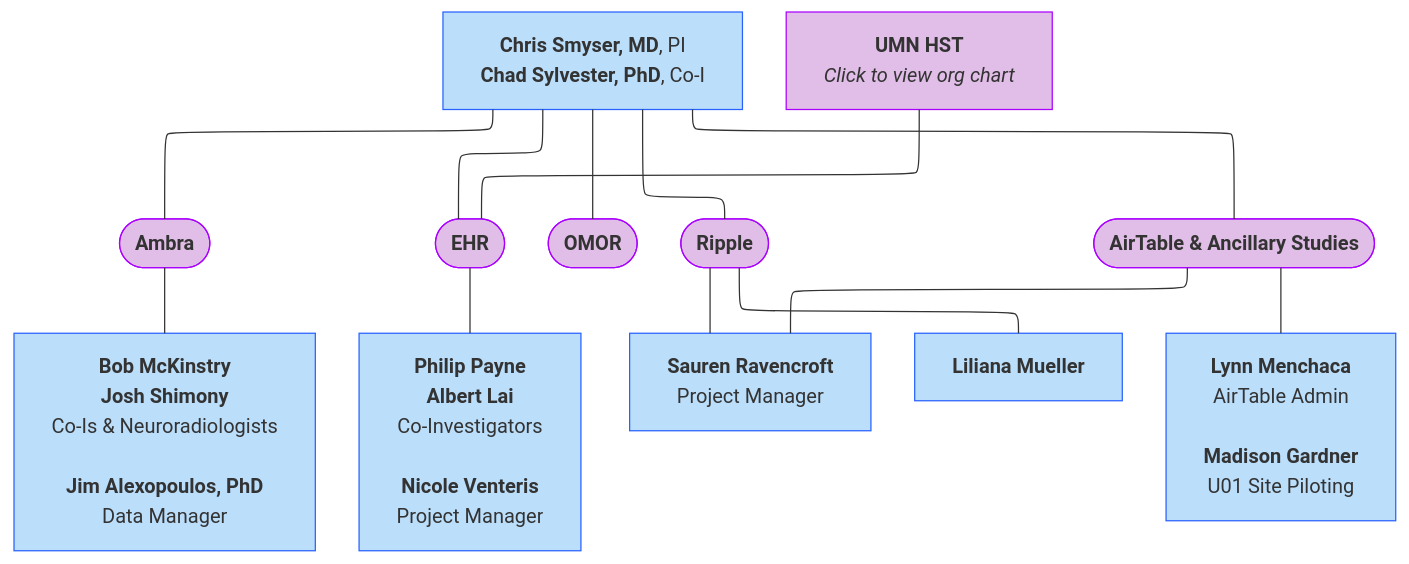
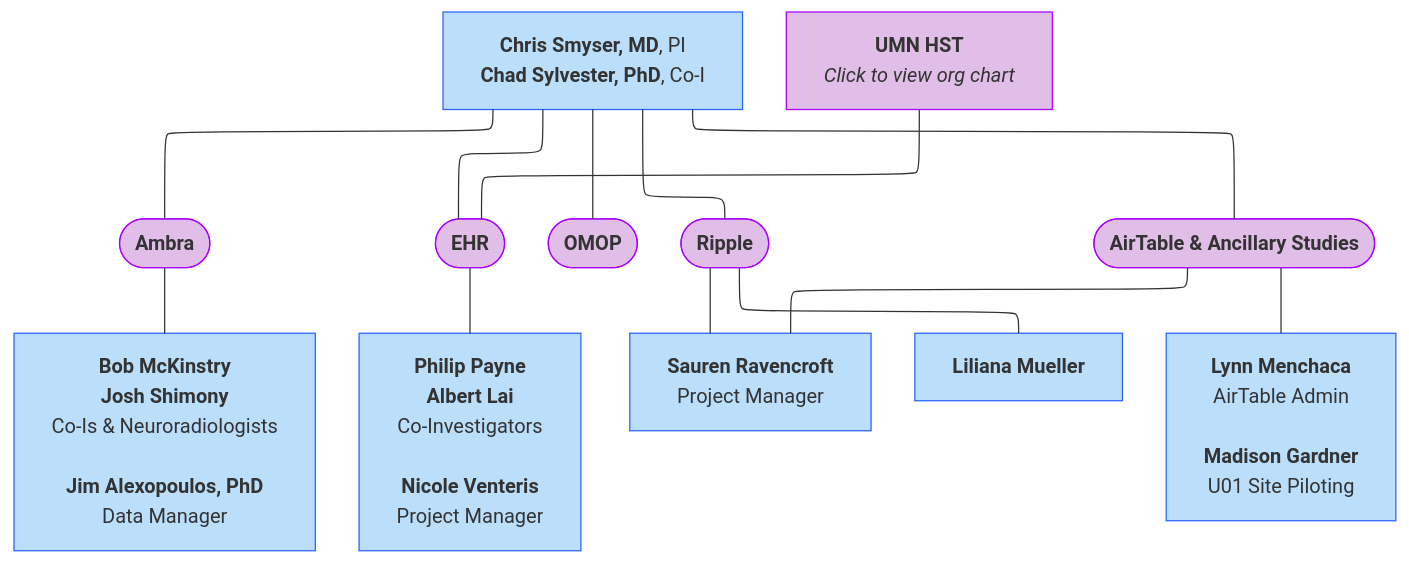
One commit to DCAN-Labs/hbcd-docs-internal changed the eighth of 9 diagrams in docs/orgcharts.md. Above: the diagram before and after it, drawn with Mermaid.

````diff
--- a/docs/orgcharts.md
+++ b/docs/orgcharts.md
@@ -400,31 +400,31 @@
 ```mermaid
 ---
 config:
   layout: elk
 ---
 flowchart TB
-    A["<b>Chris Smyser, MD</b>, PI<br><b>Chad Sylvester, PhD</b>, Co-I"] --- ambra(["<b>Ambra</b>"]) & C(["<b>EHR</b><br>"]) & n11(["<b>OMOR</b>"]) & n5(["<b>Ripple</b>"]) & n6(["<b>AirTable &amp; Ancillary Studies</b>"])
+    A["<b>Chris Smyser, MD</b>, PI<br><b>Chad Sylvester, PhD</b>, Co-I"] --- ambra(["<b>Ambra</b>"]) & C(["<b>EHR</b><br>"]) & n11(["<b>OMOP</b>"]) & n5(["<b>Ripple</b>"]) & n6(["<b>AirTable &amp; Ancillary Studies</b>"])
     ambra --- n1["<b>Bob McKinstry</b><br><b>Josh Shimony</b><br>Co-Is &amp; Neuroradiologists<br><br><b>Jim Alexopoulos, PhD</b><br>Data Manager"]
     C --- n3["<b>Philip Payne</b><br><b>Albert Lai</b><br>Co-Investigators<br><br><b>Nicole Venteris</b><br>Project Manager"]
     n12["<b>UMN HST</b><br><i>Click to view org chart</i>"] --- C
     n5 --- B["<b>Sauren Ravencroft</b><br>Project Manager"]
     n6 --- B
     n5 --- n9["<b>Liliana Mueller</b>"]
     n6 --- n8["<b>Lynn Menchaca</b><br>AirTable Admin<br><br><b>Madison Gardner</b><br>U01 Site Piloting"]
     style A fill:#BBDEFB,stroke:#2962FF
     style ambra fill:#E1BEE7,stroke:#AA00FF
     style C fill:#E1BEE7,stroke:#AA00FF
     style n11 fill:#E1BEE7,stroke:#AA00FF
     style n5 fill:#E1BEE7,stroke:#AA00FF
     style n6 fill:#E1BEE7,stroke:#AA00FF
     style n1 fill:#BBDEFB,stroke:#2962FF
     style n3 fill:#BBDEFB,stroke:#2962FF
     style n12 fill:#E1BEE7,stroke:#AA00FF
     style B fill:#BBDEFB,stroke:#2962FF
     style n9 fill:#BBDEFB,stroke:#2962FF
     style n8 fill:#BBDEFB,stroke:#2962FF
     click ambra "#ambra"
     click n5 "#ripple-science"
     click n6 "#airtable"
     click n12 "#health-sciences-technology"
 ```
````
